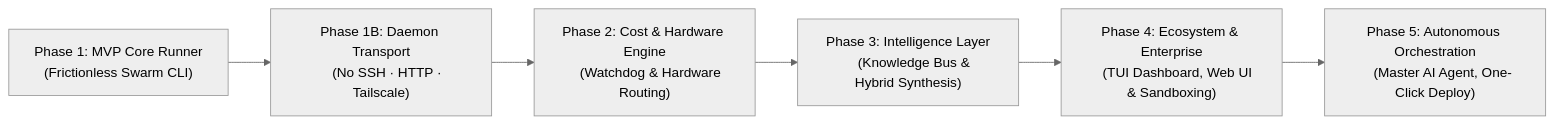
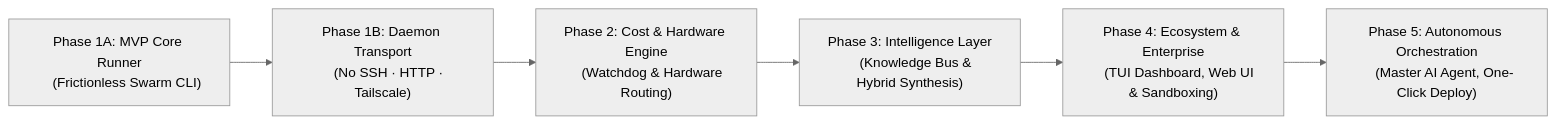
The diagram in ROADMAP.md (lakshya076/HiveMind), drawn with Mermaid (neutral theme) before and after one commit. The commit also changed other lines of this file and 12 other files, not shown here.

Commit message:
Changing architecture from an ssh based workflow to a worker daemon workflow

````diff
--- a/ROADMAP.md
+++ b/ROADMAP.md
@@ -9,22 +9,22 @@
 ```mermaid
 flowchart LR
-    P1["Phase 1: MVP Core Runner
+    P1["Phase 1A: MVP Core Runner
     (Frictionless Swarm CLI)"]
     
     P1b["Phase 1B: Daemon Transport
     (No SSH · HTTP · Tailscale)"]
 
     P2["Phase 2: Cost & Hardware Engine
     (Watchdog & Hardware Routing)"]
     
     P3["Phase 3: Intelligence Layer
     (Knowledge Bus & Hybrid Synthesis)"]
     
     P4["Phase 4: Ecosystem & Enterprise
     (TUI Dashboard, Web UI & Sandboxing)"]
 
     P5["Phase 5: Autonomous Orchestration
     (Master AI Agent, One-Click Deploy)"]
 
     P1 --> P1b --> P2 --> P3 --> P4 --> P5
 ```
````
